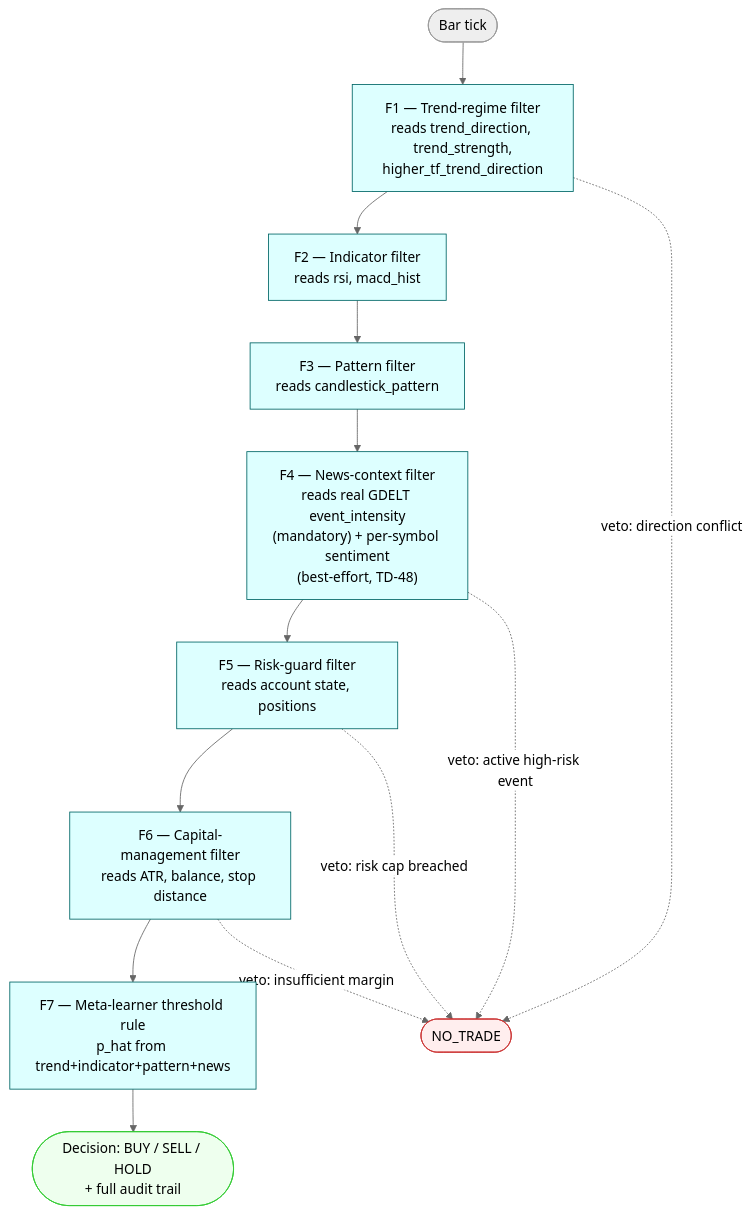
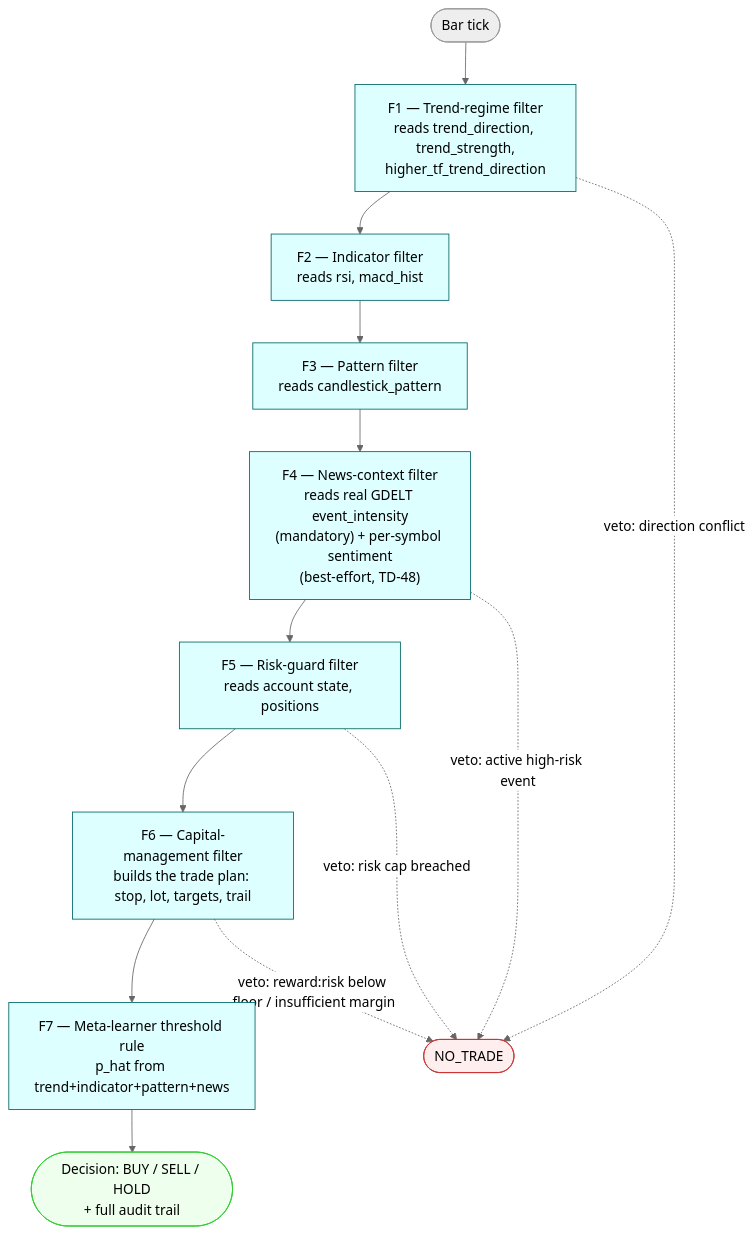
One commit to wbsouza/mba-icmc changed the diagram in algo-suite/algo-backtest/src/algo_backtest/strategies/hybrid/README.md. Above: the diagram before and after it, drawn with Mermaid (neutral theme). The commit also changed other lines of this file and 11 other files, not shown here.

First line of the commit message:
feat(backtest): F6 builds the fx-manager trade plan and enriches trade_plan

````diff
--- a/algo-suite/algo-backtest/src/algo_backtest/strategies/hybrid/README.md
+++ b/algo-suite/algo-backtest/src/algo_backtest/strategies/hybrid/README.md
@@ -7,27 +7,27 @@
 ```mermaid
 flowchart TB
     Start([Bar tick])
     F1["F1 — Trend-regime filter<br/>reads trend_direction, trend_strength,<br/>higher_tf_trend_direction"]
     F2["F2 — Indicator filter<br/>reads rsi, macd_hist"]
     F3["F3 — Pattern filter<br/>reads candlestick_pattern"]
     F4["F4 — News-context filter<br/>reads real GDELT event_intensity<br/>(mandatory) + per-symbol sentiment<br/>(best-effort, TD-48)"]
     F5["F5 — Risk-guard filter<br/>reads account state, positions"]
-    F6["F6 — Capital-management filter<br/>reads ATR, balance, stop distance"]
+    F6["F6 — Capital-management filter<br/>builds the trade plan: stop, lot, targets, trail"]
     F7["F7 — Meta-learner threshold rule<br/>p_hat from trend+indicator+pattern+news"]
     Decision([Decision: BUY / SELL / HOLD<br/>+ full audit trail])
     Veto([NO_TRADE])
 
     Start --> F1 --> F2 --> F3 --> F4 --> F5 --> F6 --> F7 --> Decision
 
     F1 -. veto: direction conflict .-> Veto
     F4 -. veto: active high-risk event .-> Veto
     F5 -. veto: risk cap breached .-> Veto
-    F6 -. veto: insufficient margin .-> Veto
+    F6 -. veto: reward:risk below floor / insufficient margin .-> Veto
 
     classDef filter fill:#dff,stroke:#066
     classDef terminus fill:#efe,stroke:#3c3
     classDef vetoed fill:#fee,stroke:#c33
     class F1,F2,F3,F4,F5,F6,F7 filter
     class Decision terminus
     class Veto vetoed
 ```
````
